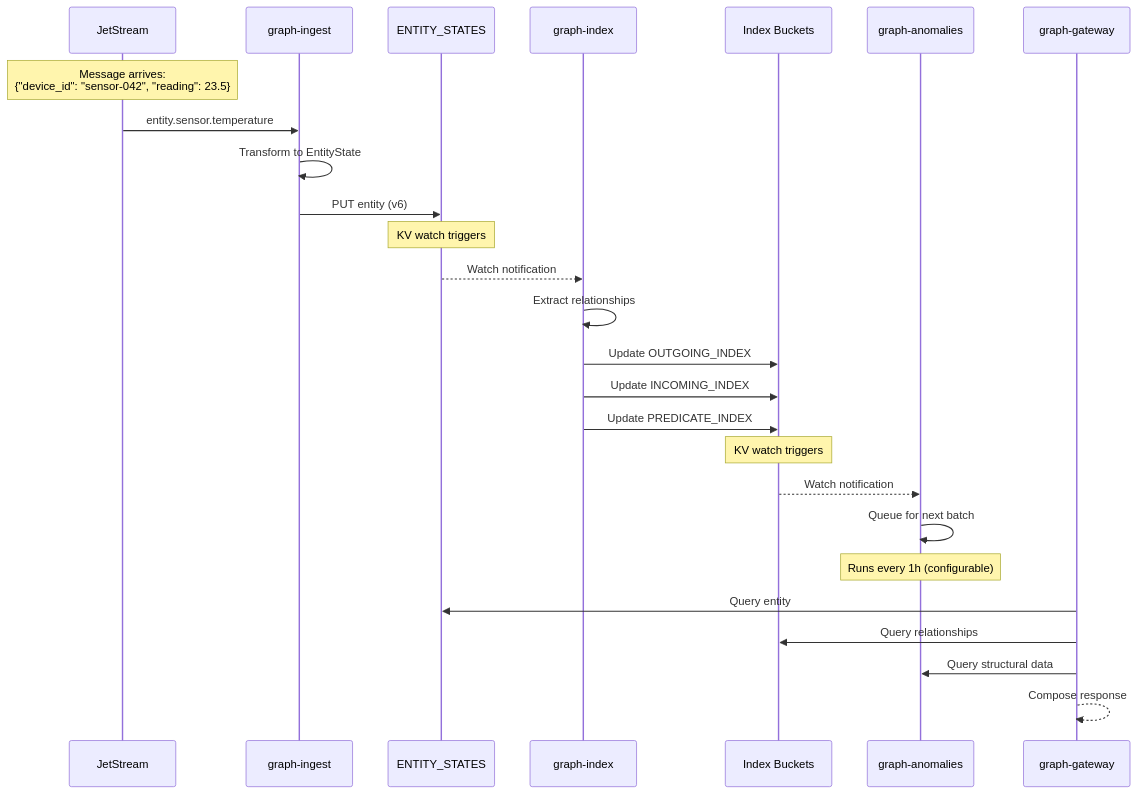
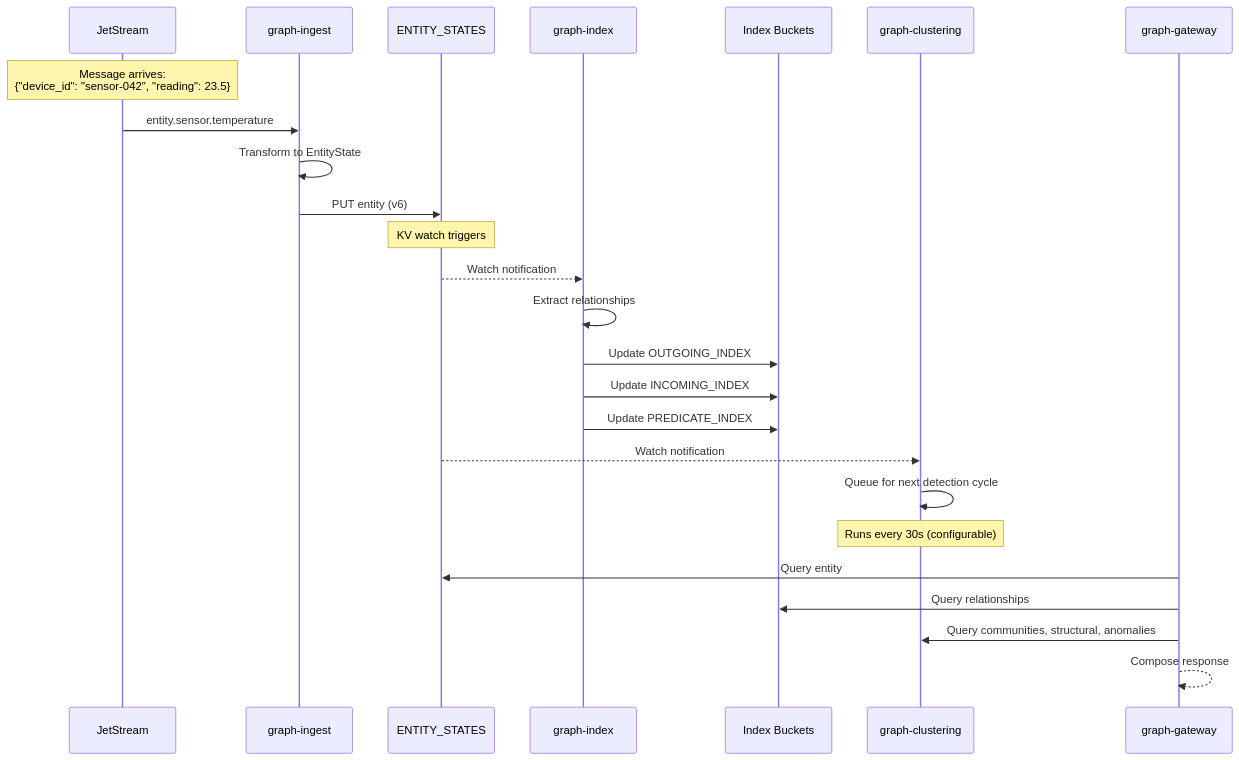
The diagram in docs/diagrams/data-flow-sequence.mmd (C360Studio/semteams), drawn with Mermaid before and after one commit. The commit also changed 19 other files, not shown here.

First line of the commit message:
refactor(clustering): remove deprecated graph-anomalies component

```diff
--- a/docs/diagrams/data-flow-sequence.mmd
+++ b/docs/diagrams/data-flow-sequence.mmd
@@ -1,32 +1,31 @@
 
 sequenceDiagram
     participant JS as JetStream
     participant Ingest as graph-ingest
     participant ES as ENTITY_STATES
     participant Index as graph-index
     participant Idx as Index Buckets
-    participant Analysis as graph-anomalies
+    participant Clustering as graph-clustering
     participant Gateway as graph-gateway
 
     Note over JS: Message arrives:<br/>{"device_id": "sensor-042", "reading": 23.5}
 
     JS->>Ingest: entity.sensor.temperature
     Ingest->>Ingest: Transform to EntityState
     Ingest->>ES: PUT entity (v6)
     Note over ES: KV watch triggers
 
     ES-->>Index: Watch notification
     Index->>Index: Extract relationships
     Index->>Idx: Update OUTGOING_INDEX
     Index->>Idx: Update INCOMING_INDEX
     Index->>Idx: Update PREDICATE_INDEX
-    Note over Idx: KV watch triggers
 
-    Idx-->>Analysis: Watch notification
-    Analysis->>Analysis: Queue for next batch
-    Note over Analysis: Runs every 1h (configurable)
+    ES-->>Clustering: Watch notification
+    Clustering->>Clustering: Queue for next detection cycle
+    Note over Clustering: Runs every 30s (configurable)
 
     Gateway->>ES: Query entity
     Gateway->>Idx: Query relationships
-    Gateway->>Analysis: Query structural data
+    Gateway->>Clustering: Query communities, structural, anomalies
     Gateway-->>Gateway: Compose response
```
